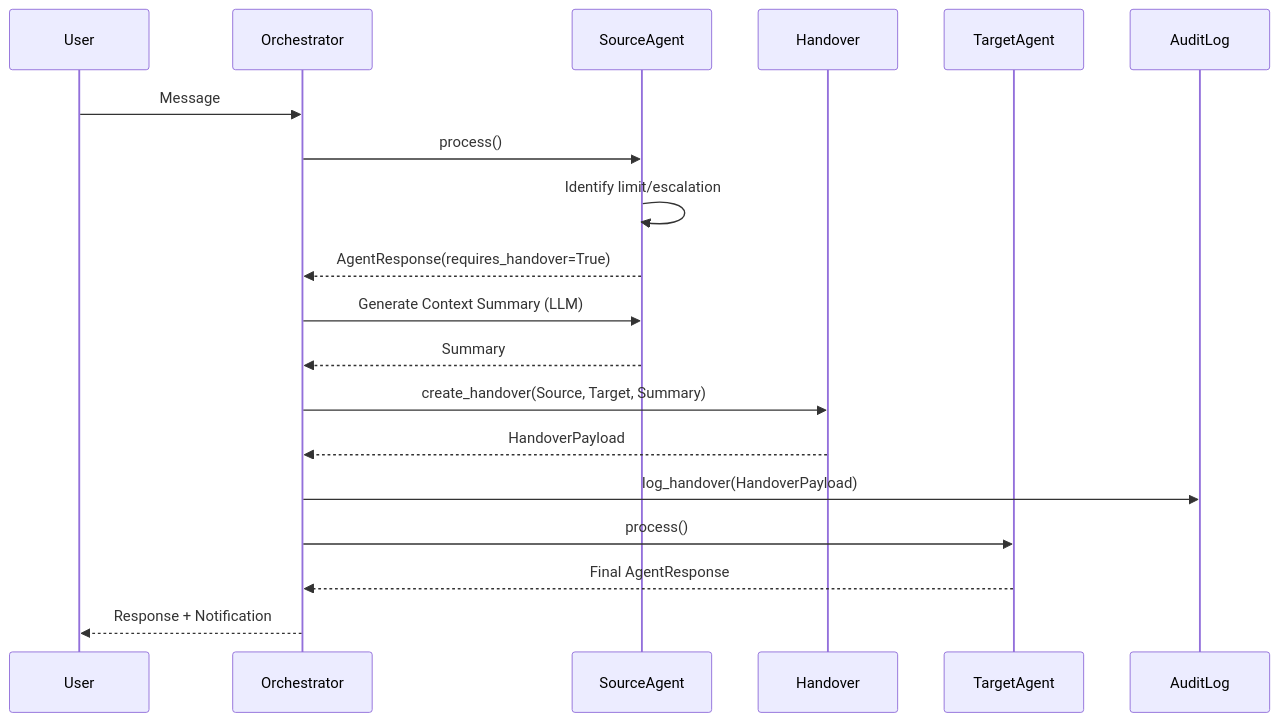
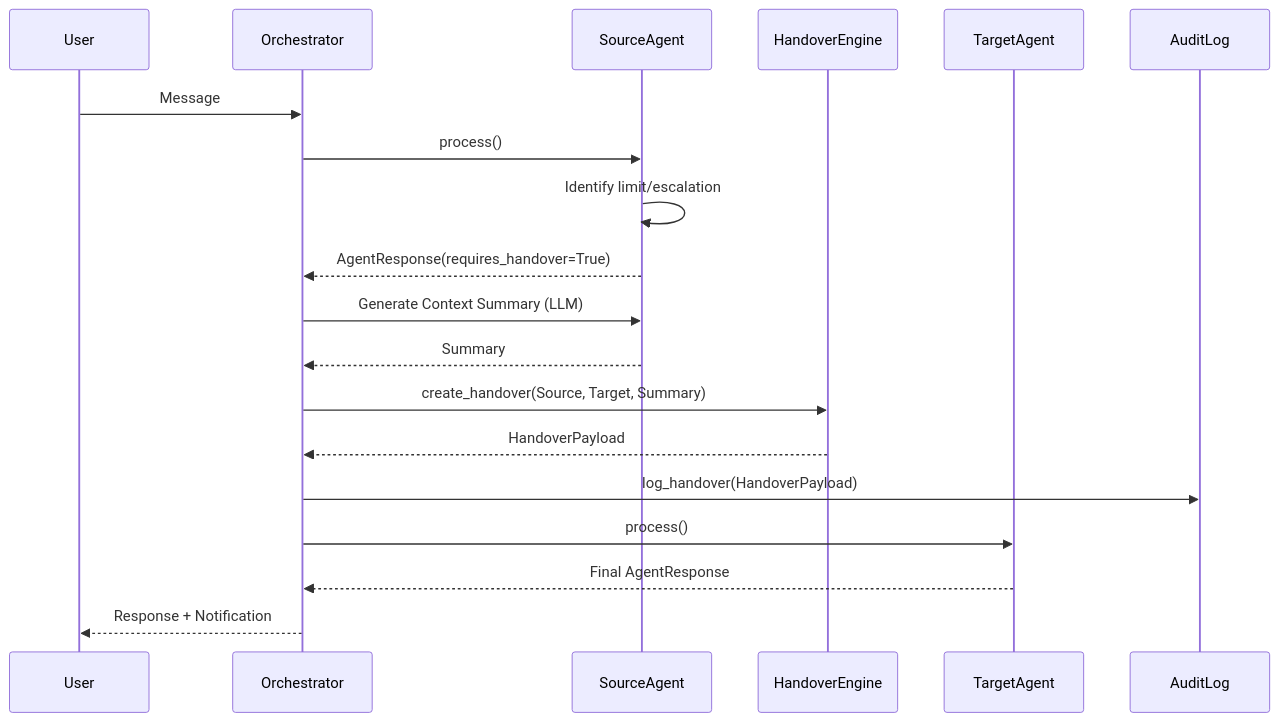
The second of 3 diagrams in ARCHITECTURE.md (SoumyadeepXD/CloudDash-_Support_vikara_Soumyadeep), drawn with Mermaid before and after one commit. The commit also changed other lines of this file and 1 other file, not shown here.

````diff
--- a/ARCHITECTURE.md
+++ b/ARCHITECTURE.md
@@ -55,22 +66,22 @@
 ```mermaid
 sequenceDiagram
     participant User
     participant Orchestrator
     participant SourceAgent
-    participant Handover
+    participant HandoverEngine
     participant TargetAgent
     participant AuditLog
 
     User->>Orchestrator: Message
     Orchestrator->>SourceAgent: process()
     SourceAgent->>SourceAgent: Identify limit/escalation
     SourceAgent-->>Orchestrator: AgentResponse(requires_handover=True)
     Orchestrator->>SourceAgent: Generate Context Summary (LLM)
     SourceAgent-->>Orchestrator: Summary
-    Orchestrator->>Handover: create_handover(Source, Target, Summary)
-    Handover-->>Orchestrator: HandoverPayload
+    Orchestrator->>HandoverEngine: create_handover(Source, Target, Summary)
+    HandoverEngine-->>Orchestrator: HandoverPayload
     Orchestrator->>AuditLog: log_handover(HandoverPayload)
     Orchestrator->>TargetAgent: process()
     TargetAgent-->>Orchestrator: Final AgentResponse
     Orchestrator-->>User: Response + Notification
 ```
````
